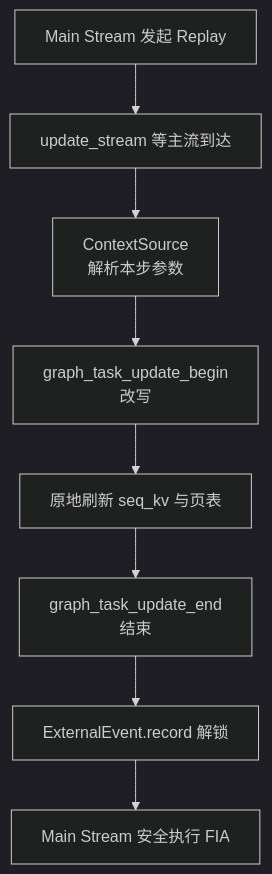
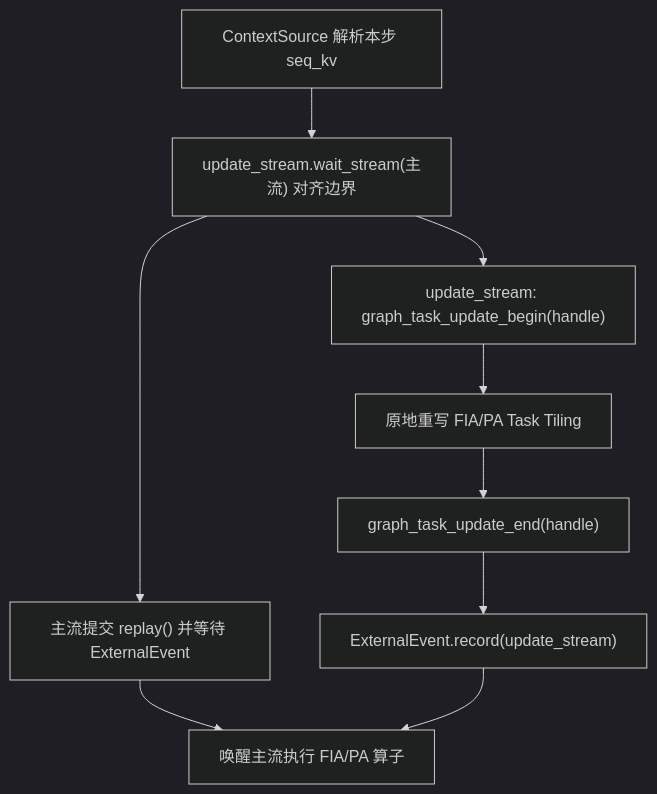
One commit to xingcanlee/infra-note changed the diagram in src/content/posts/vllm/06-ascend-aclgraph-and-npugraph/index.mdx. Above: the diagram before and after it, drawn with Mermaid (dark theme). The commit also changed other lines of this file and 22 other files, not shown here.

````diff
--- a/src/content/posts/vllm/06-ascend-aclgraph-and-npugraph/index.mdx
+++ b/src/content/posts/vllm/06-ascend-aclgraph-and-npugraph/index.mdx
@@ -41,10 +47,11 @@
-```mermaid caption="图 3：UpdatableGraph 算子参数热更新与流同步时序"
+```mermaid caption="图 2：UpdatableGraph 跨流边界对齐与参数热更新时序"
 flowchart TD
-    R["Main Stream 发起 Replay"] --> W["update_stream 等主流到达"]
-    W --> C["ContextSource<br/>解析本步参数"]
-    C --> B["graph_task_update_begin<br/>改写"]
-    B --> O["原地刷新 seq_kv 与页表"]
-    O --> E["graph_task_update_end<br/>结束"]
-    E --> EV["ExternalEvent.record 解锁"]
-    EV --> EXEC["Main Stream 安全执行 FIA"]
+    CS["ContextSource 解析本步 seq_kv"] --> W1["update_stream.wait_stream(主流) 对齐边界"]
+    W1 --> R["主流提交 replay() 并等待 ExternalEvent"]
+    W1 --> B["update_stream: graph_task_update_begin(handle)"]
+    B --> O["原地重写 FIA/PA Task Tiling"]
+    O --> E["graph_task_update_end(handle)"]
+    E --> EV["ExternalEvent.record(update_stream)"]
+    R --> EXEC["唤醒主流执行 FIA/PA 算子"]
+    EV --> EXEC
 ```
````
